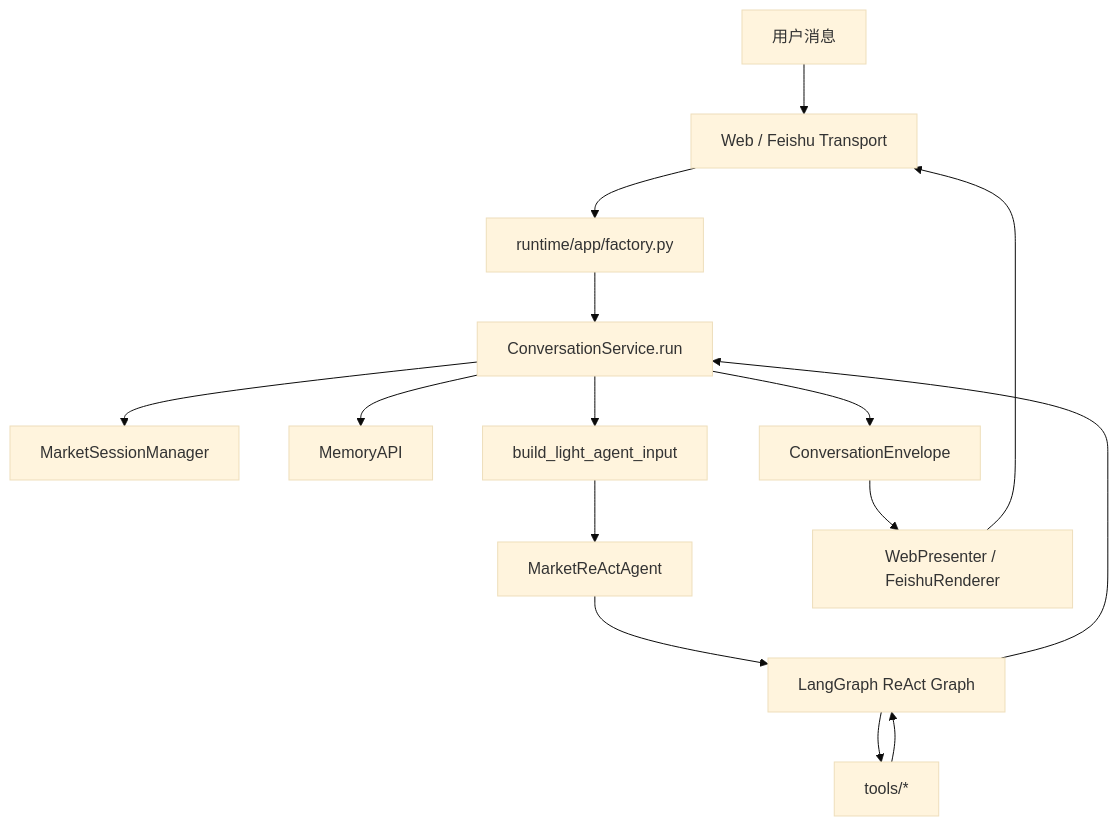
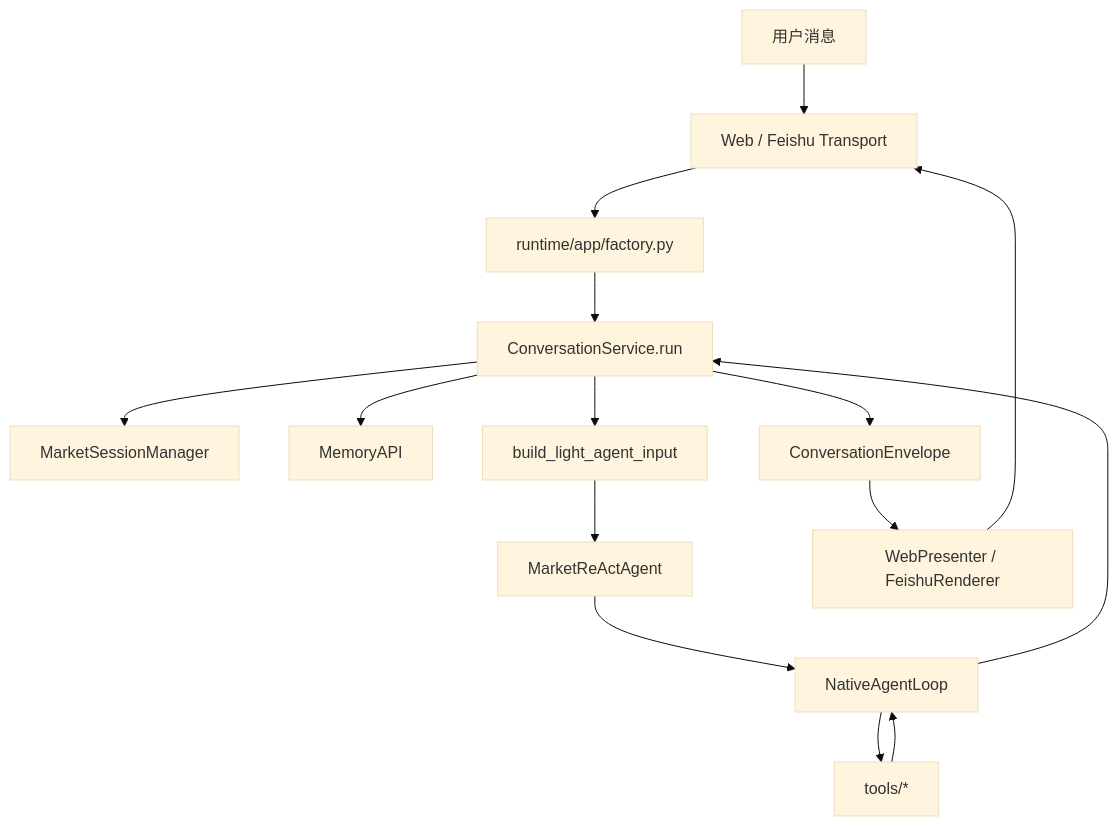
One commit to 7Gosts/MarketAssAgent changed the first of 2 diagrams in docs/00_PROJECT_ARCHITECTURE.md. Above: the diagram before and after it, drawn with Mermaid (base theme). The commit also changed other lines of this file and 5 other files, not shown here.

Commit message:
docs: refresh architecture docs for native agent loop

````diff
--- a/docs/00_PROJECT_ARCHITECTURE.md
+++ b/docs/00_PROJECT_ARCHITECTURE.md
@@ -29,26 +29,26 @@
 ```mermaid
 flowchart TB
     U[用户消息]
     T[Web / Feishu Transport]
     F[runtime/app/factory.py]
     CS[ConversationService.run]
     SM[MarketSessionManager]
     MA[MemoryAPI]
     AC[build_light_agent_input]
     AG[MarketReActAgent]
-    G[LangGraph ReAct Graph]
+    G[NativeAgentLoop]
     TOOLS[tools/*]
     ENV[ConversationEnvelope]
     R[WebPresenter / FeishuRenderer]
 
     U --> T --> F --> CS
     CS --> SM
     CS --> MA
     CS --> AC
     AC --> AG
     AG --> G
     G --> TOOLS
     TOOLS --> G
     G --> CS
     CS --> ENV --> R --> T
 ```
````
